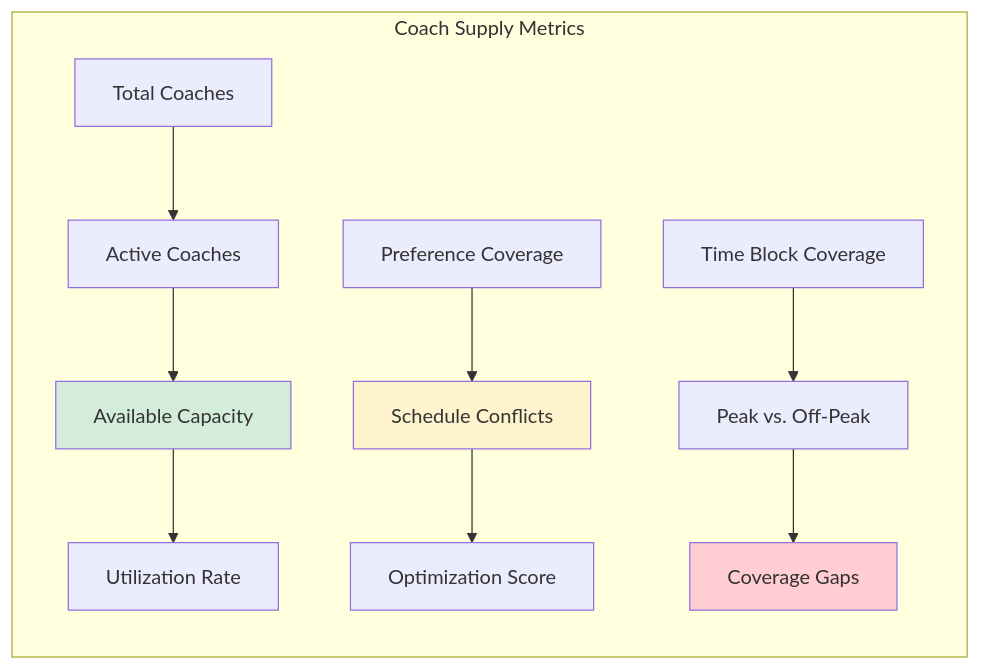
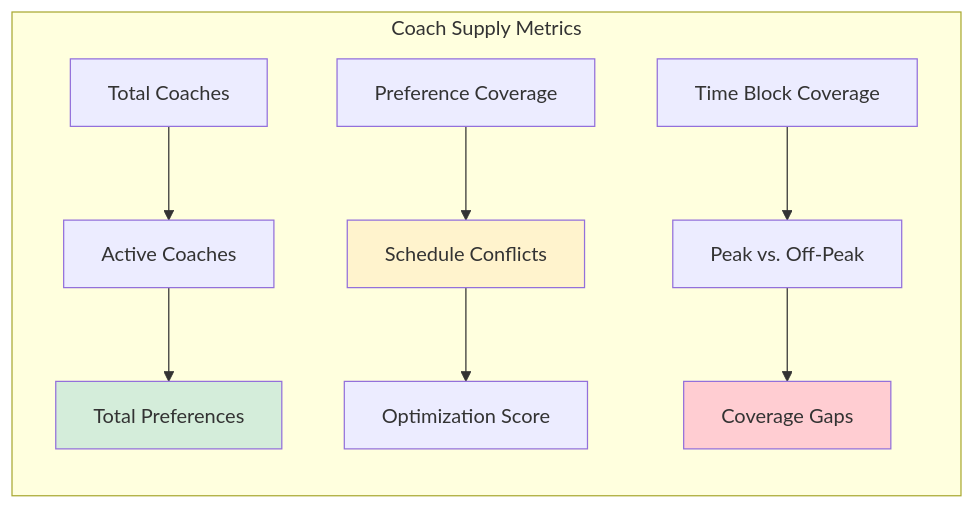
Before and after one commit to towshau/schedule_prediction_supply: the seventh of 8 diagrams in README.md, drawn with Mermaid. The commit also changed other lines of this file, not shown here.

First line of the commit message:
refactor: Remove member/capacity management sections

````diff
--- a/README.md
+++ b/README.md
@@ -284,18 +318,17 @@
 ```mermaid
 graph LR
     subgraph "Coach Supply Metrics"
         A[Total Coaches] --> B[Active Coaches]
-        B --> C[Available Capacity]
-        C --> D[Utilization Rate]
+        B --> C[Total Preferences]
         
-        E[Preference Coverage] --> F[Schedule Conflicts]
-        F --> G[Optimization Score]
+        D[Preference Coverage] --> E[Schedule Conflicts]
+        E --> F[Optimization Score]
         
-        H[Time Block Coverage] --> I[Peak vs. Off-Peak]
-        I --> J[Coverage Gaps]
+        G[Time Block Coverage] --> H[Peak vs. Off-Peak]
+        H --> I[Coverage Gaps]
     end
     
     style C fill:#d4edda
-    style F fill:#fff3cd
-    style J fill:#ffcdd2
+    style E fill:#fff3cd
+    style I fill:#ffcdd2
 ```
````
